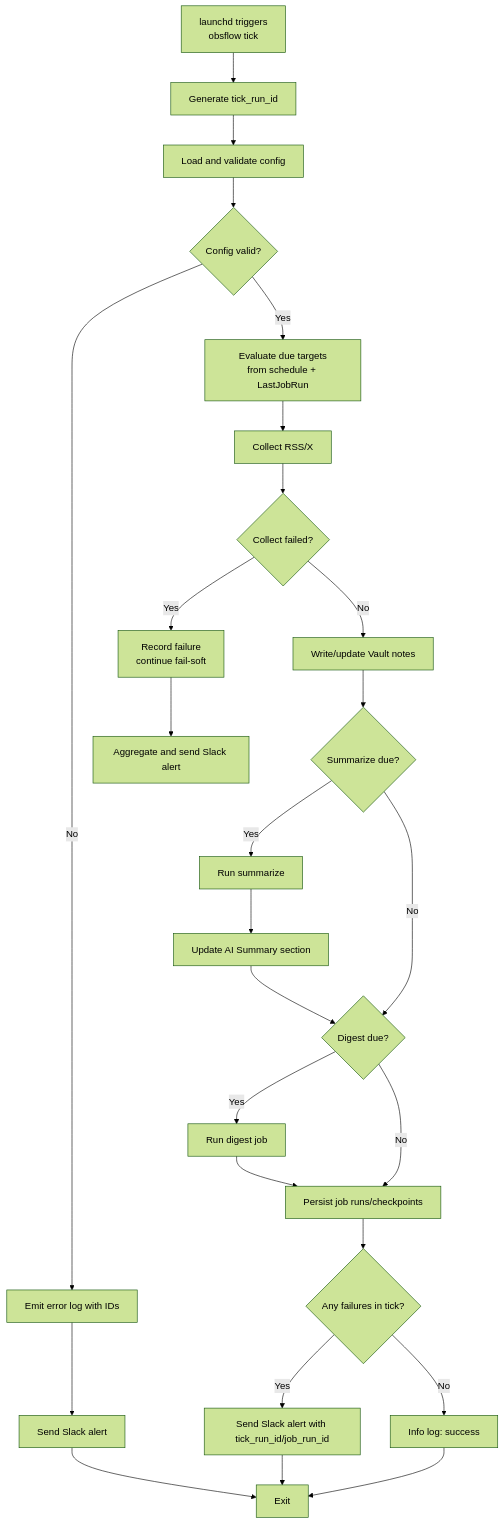
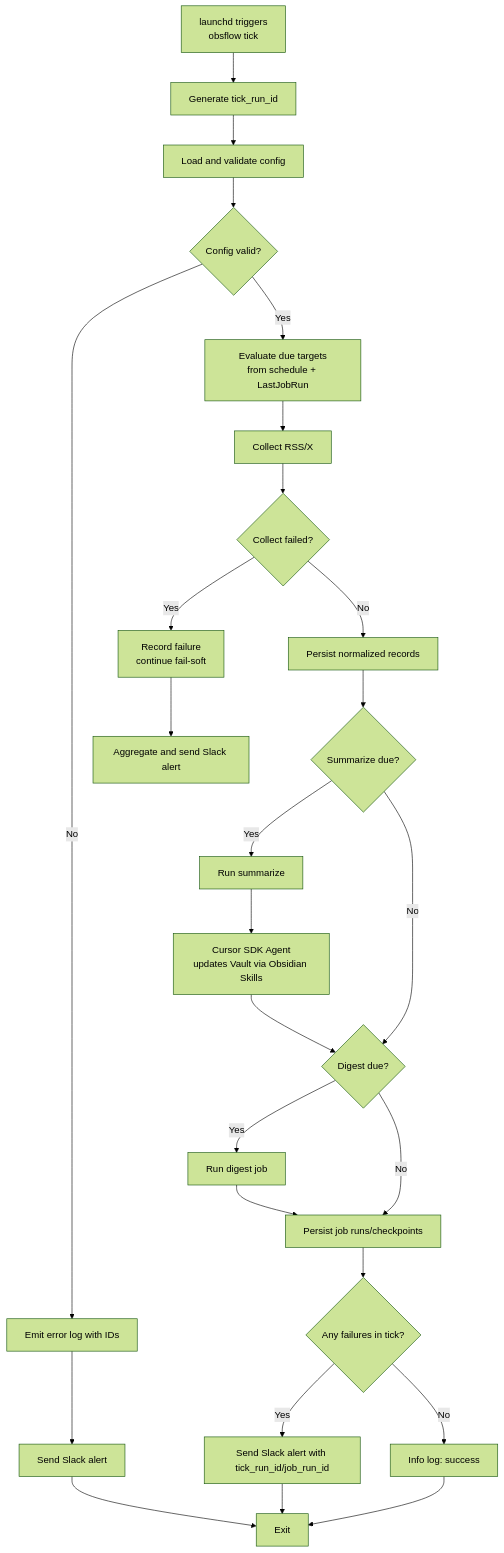
Before and after one commit to ken5scal/.allstar: the diagram in DETAILED_DESIGN.md, drawn with Mermaid (forest theme). The commit also changed other lines of this file, not shown here.

Commit message:
Rewrite detailed design for TypeScript architecture

````diff
--- a/DETAILED_DESIGN.md
+++ b/DETAILED_DESIGN.md
@@ -274,32 +278,32 @@
 ```mermaid
 flowchart TD
     A[launchd triggers<br/>obsflow tick] --> B[Generate tick_run_id]
     B --> C[Load and validate config]
     C --> D{Config valid?}
     D -- No --> E[Emit error log with IDs]
     E --> F[Send Slack alert]
     F --> Z[Exit]
     D -- Yes --> G[Evaluate due targets<br/>from schedule + LastJobRun]
 
     G --> H[Collect RSS/X]
     H --> I{Collect failed?}
     I -- Yes --> J[Record failure<br/>continue fail-soft]
     J --> K[Aggregate and send Slack alert]
-    I -- No --> L[Write/update Vault notes]
+    I -- No --> L[Persist normalized records]
 
     L --> M{Summarize due?}
     M -- Yes --> N[Run summarize]
-    N --> O[Update AI Summary section]
+    N --> O[Cursor SDK Agent<br/>updates Vault via Obsidian Skills]
     M -- No --> P{Digest due?}
     O --> P
 
     P -- Yes --> Q[Run digest job]
     P -- No --> R[Persist job runs/checkpoints]
     Q --> R
 
     R --> S{Any failures in tick?}
     S -- Yes --> T[Send Slack alert with tick_run_id/job_run_id]
     S -- No --> U[Info log: success]
     T --> Z
     U --> Z
 ```
````
